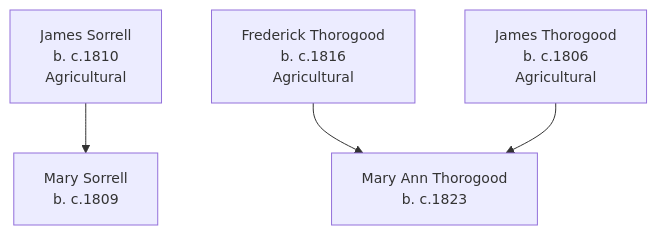
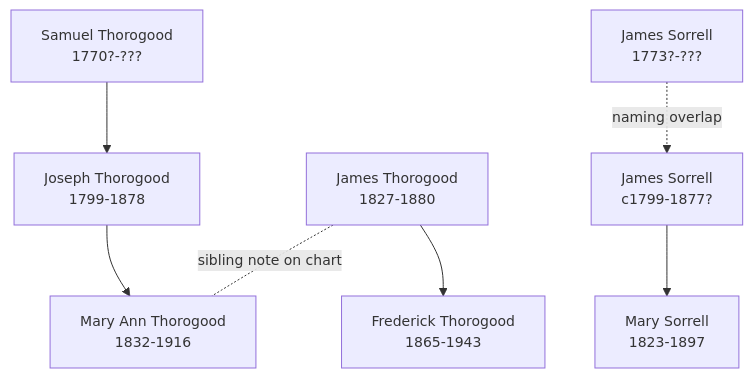
Before and after one commit to zcopley/thorpe-family-research: the diagram in Topics/Sorrell and Thorogood Branch Summary.md, drawn with Mermaid. The commit also changed other lines of this file and 45 other files, not shown here.

Commit message:
Process remaining pedigree timelines

````diff
--- a/Topics/Sorrell and Thorogood Branch Summary.md
+++ b/Topics/Sorrell and Thorogood Branch Summary.md
@@ -30,13 +26,19 @@
 ```mermaid
 %%{init: {'flowchart': {'htmlLabels': true}, 'theme': 'default', 'themeVariables': {'primaryTextColor': '#000000', 'primaryBorderColor': '#333333', 'lineColor': '#333333', 'fontSize': '14px'}}}%%
 graph TD
-    JS["James Sorrell<br/>b. c.1810<br/>Agricultural"]
-    MS["Mary Sorrell<br/>b. c.1809"]
-    FT["Frederick Thorogood<br/>b. c.1816<br/>Agricultural"]
-    MAT["Mary Ann Thorogood<br/>b. c.1823"]
-    JT["James Thorogood<br/>b. c.1806<br/>Agricultural"]
-    
-    FT --> MAT
-    JT --> MAT
-    JS --> MS
+    ST["Samuel Thorogood<br/>1770?-???"]
+    JTG["Joseph Thorogood<br/>1799-1878"]
+    MAT["Mary Ann Thorogood<br/>1832-1916"]
+    JAT["James Thorogood<br/>1827-1880"]
+    FT["Frederick Thorogood<br/>1865-1943"]
+    JS1["James Sorrell<br/>1773?-???"]
+    JS2["James Sorrell<br/>c1799-1877?"]
+    MS["Mary Sorrell<br/>1823-1897"]
+
+    ST --> JTG
+    JTG --> MAT
+    JAT --> FT
+    JS1 -. naming overlap .-> JS2
+    JS2 --> MS
+    JAT -. sibling note on chart .- MAT
 ```
````
